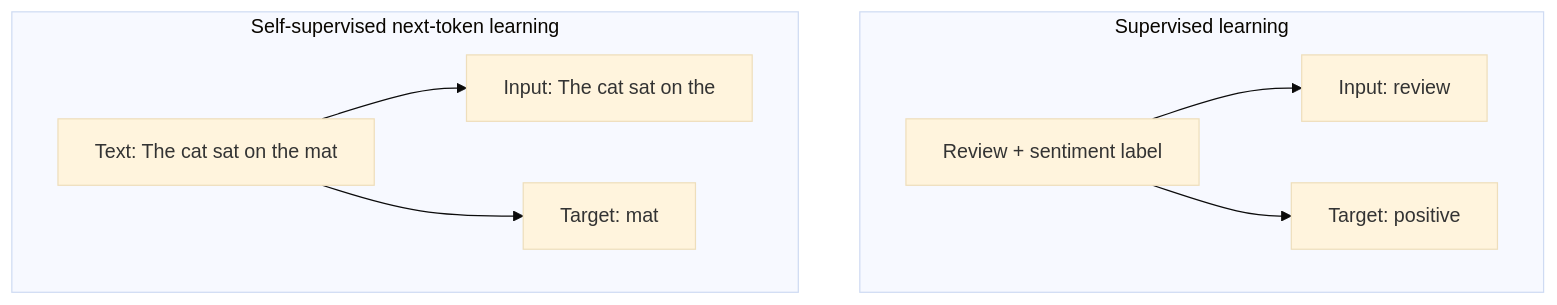
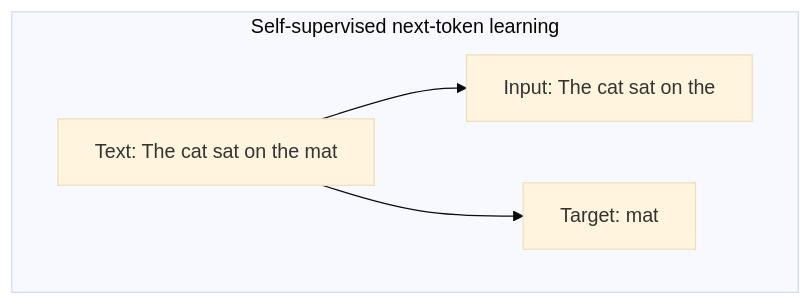
One commit to Students-SC/sc-student-programming-tutorial changed the second of 4 diagrams in module-06-ai-inference-finetuning/README.md. Above: the diagram before and after it, drawn with Mermaid (base theme).

Commit message:
Separate Module 6 learning diagrams

````diff
--- a/module-06-ai-inference-finetuning/README.md
+++ b/module-06-ai-inference-finetuning/README.md
@@ -50,11 +58,7 @@
 ```mermaid
 flowchart TD
-    subgraph S["Supervised learning"]
-        A["Review + sentiment label"] --> B["Input: review"]
-        A --> C["Target: positive"]
-    end
     subgraph SS["Self-supervised next-token learning"]
         D["Text: The cat sat on the mat"] --> E["Input: The cat sat on the"]
         D --> F["Target: mat"]
     end
 ```
````
